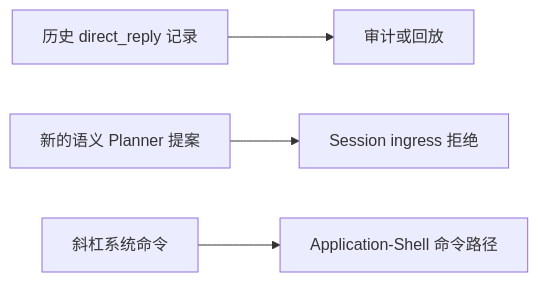
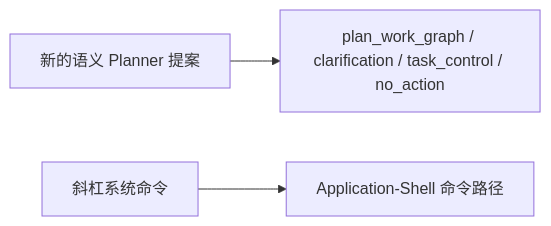
One commit to IFOSR/metawork changed the second of 4 diagrams in docs/current/technical-overview.zh-CN.md. Above: the diagram before and after it, drawn with Mermaid. The commit also changed other lines of this file and 1739 other files, not shown here.

````diff
--- a/docs/current/technical-overview.zh-CN.md
+++ b/docs/current/technical-overview.zh-CN.md
@@ -239,6 +252,5 @@
 ```mermaid
 flowchart LR
-  Historical[历史 direct_reply 记录] --> Replay[审计或回放]
-  Current[新的语义 Planner 提案] --> Reject[Session ingress 拒绝]
+  Current[新的语义 Planner 提案] --> Plan[plan_work_graph / clarification / task_control / no_action]
   Slash[斜杠系统命令] --> Shell[Application-Shell 命令路径]
 ```
````
